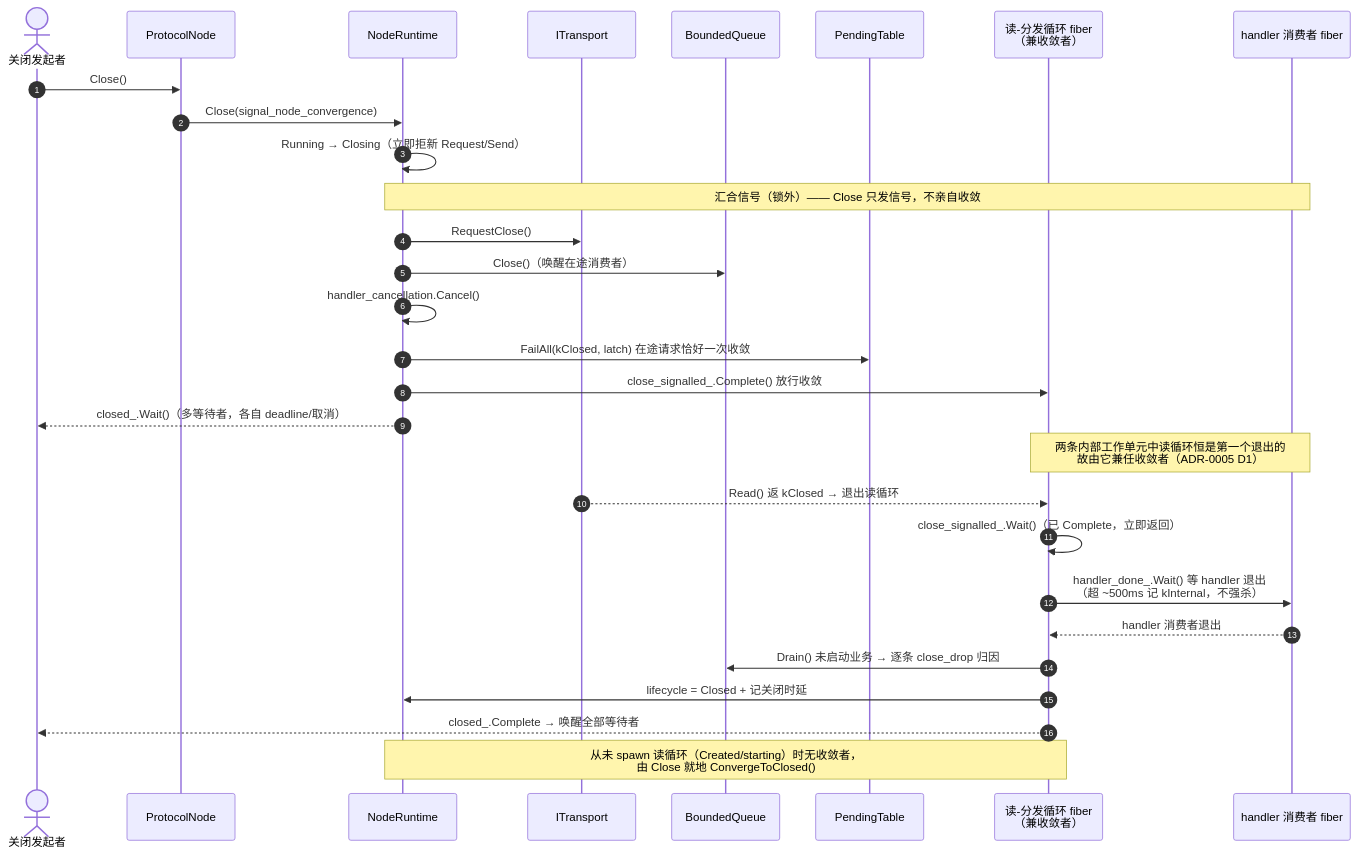
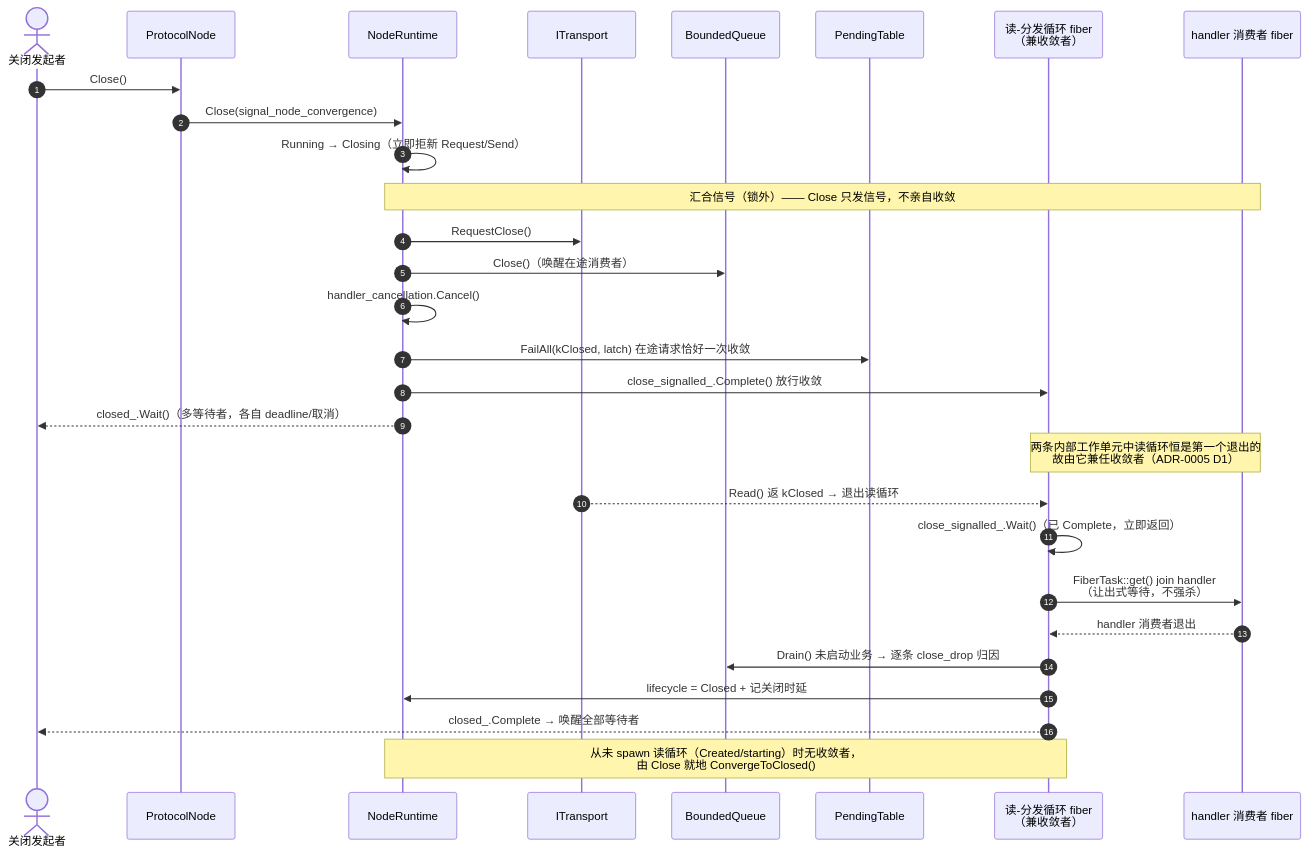
One commit to Ste7an-cs/Transport changed the diagram in docs/diagrams/seq-close.mmd. Above: the diagram before and after it, drawn with Mermaid. The commit also changed 5 other files, not shown here.

First line of the commit message:
docs: 同步 handler 汇合改 FiberTask::get() 与移除取消超时观测(#119)

```diff
--- a/docs/diagrams/seq-close.mmd
+++ b/docs/diagrams/seq-close.mmd
@@ -1,32 +1,32 @@
 sequenceDiagram
     autonumber
     actor X as 关闭发起者
     participant N as ProtocolNode
     participant RT as NodeRuntime
     participant T as ITransport
     participant BQ as BoundedQueue
     participant P as PendingTable
     participant RL as 读-分发循环 fiber<br/>（兼收敛者）
     participant H as handler 消费者 fiber
 
     X->>N: Close()
     N->>RT: Close(signal_node_convergence)
     RT->>RT: Running → Closing（立即拒新 Request/Send）
     Note over RT,H: 汇合信号（锁外）—— Close 只发信号，不亲自收敛
     RT->>T: RequestClose()
     RT->>BQ: Close()（唤醒在途消费者）
     RT->>RT: handler_cancellation.Cancel()
     RT->>P: FailAll(kClosed, latch) 在途请求恰好一次收敛
     RT->>RL: close_signalled_.Complete() 放行收敛
     RT-->>X: closed_.Wait()（多等待者，各自 deadline/取消）
 
     Note over RL,H: 两条内部工作单元中读循环恒是第一个退出的<br/>故由它兼任收敛者（ADR-0005 D1）
     T-->>RL: Read() 返 kClosed → 退出读循环
     RL->>RL: close_signalled_.Wait()（已 Complete，立即返回）
-    RL->>H: handler_done_.Wait() 等 handler 退出<br/>（超 ~500ms 记 kInternal，不强杀）
+    RL->>H: FiberTask::get() join handler<br/>（让出式等待，不强杀）
     H-->>RL: handler 消费者退出
     RL->>BQ: Drain() 未启动业务 → 逐条 close_drop 归因
     RL->>RT: lifecycle = Closed + 记关闭时延
     RL-->>X: closed_.Complete → 唤醒全部等待者
 
     Note over RT,RL: 从未 spawn 读循环（Created/starting）时无收敛者，<br/>由 Close 就地 ConvergeToClosed()
```
